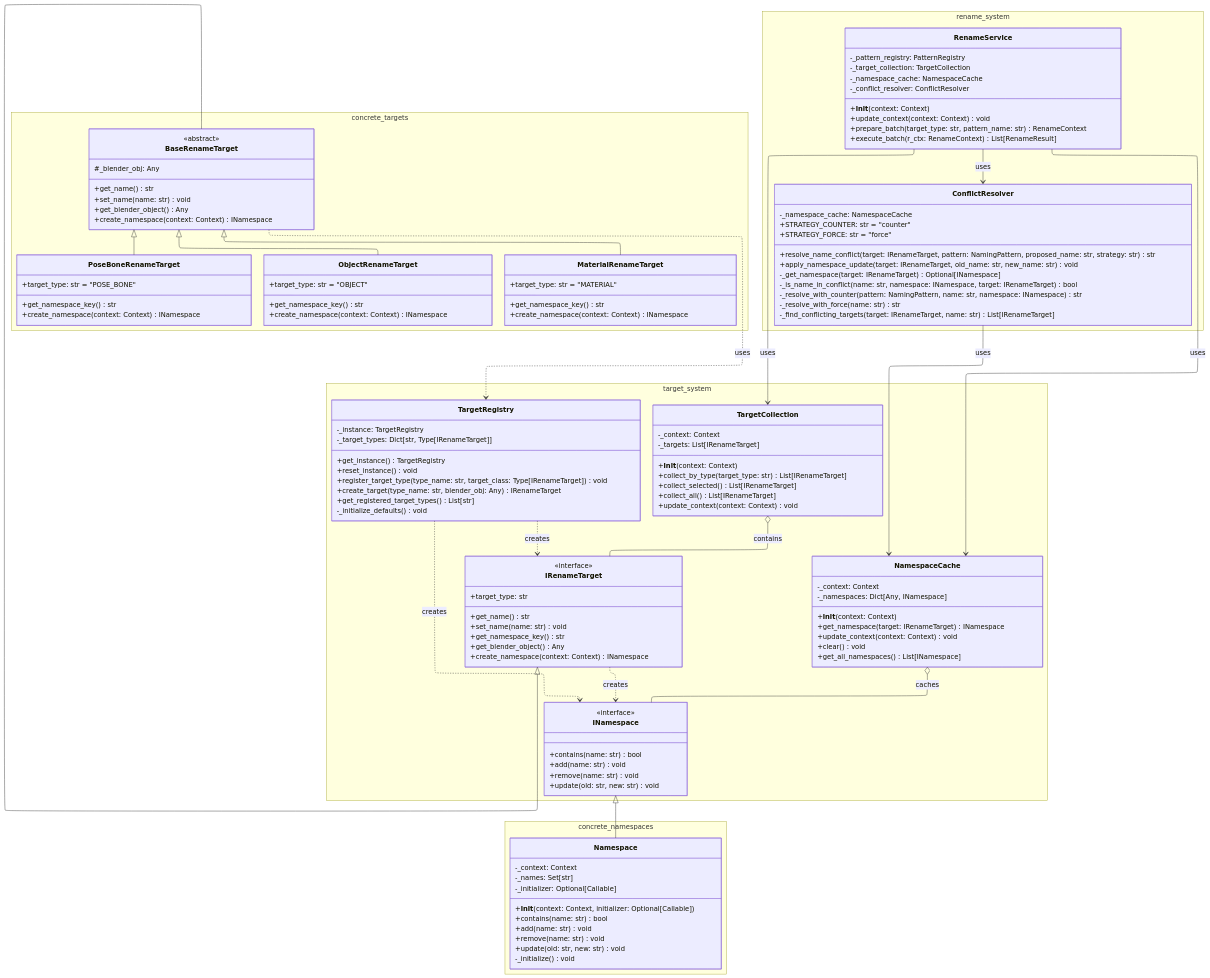
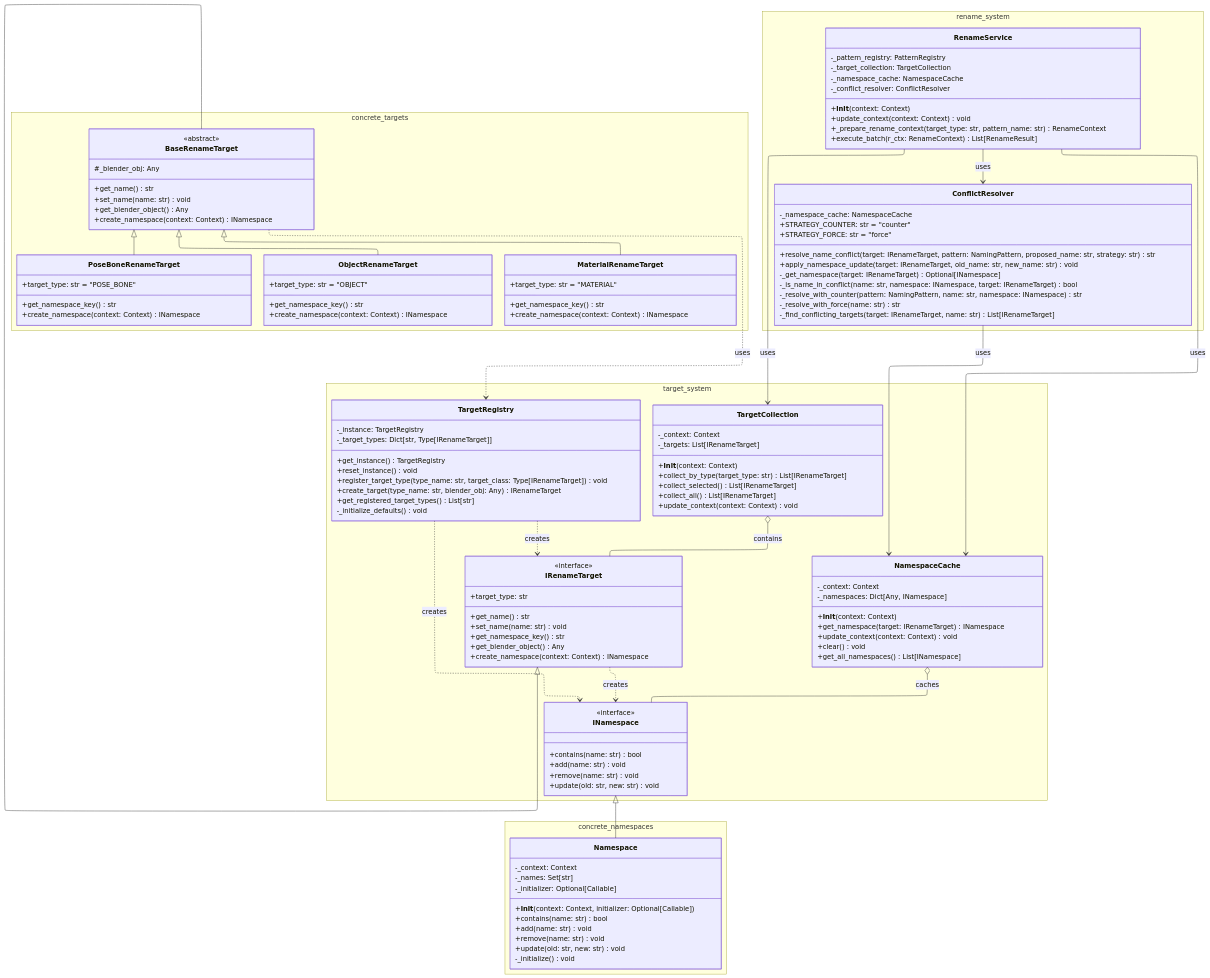
The diagram in design_notes/new_target_system.mmd (Pluglug/modular-renamer), drawn with Mermaid before and after one commit. The commit also changed 16 other files, not shown here.

```diff
--- a/design_notes/new_target_system.mmd
+++ b/design_notes/new_target_system.mmd
@@ -1,150 +1,150 @@
 ---
 config:
   layout: elk
   theme: default
   dagre:
     ranksep: 100
     nodesep: 100
     edgesep: 10
   direction: TD
 ---
 
 classDiagram
     namespace target_system {
         class TargetRegistry {
             -_instance: TargetRegistry
             -_target_types: Dict[str, Type[IRenameTarget]]
             +get_instance() TargetRegistry
             +reset_instance() void
             +register_target_type(type_name: str, target_class: Type[IRenameTarget]) void
             +create_target(type_name: str, blender_obj: Any) IRenameTarget
             +get_registered_target_types() List[str]
             -_initialize_defaults() void
         }
 
         class IRenameTarget {
             <<interface>>
             +get_name() str
             +set_name(name: str) void
             +get_namespace_key() str
             +target_type: str
             +get_blender_object() Any
             +create_namespace(context: Context) INamespace
         }
 
         class INamespace {
             <<interface>>
             +contains(name: str) bool
             +add(name: str) void
             +remove(name: str) void
             +update(old: str, new: str) void
         }
 
         class TargetCollection {
             -_context: Context
             -_targets: List[IRenameTarget]
             +__init__(context: Context)
             +collect_by_type(target_type: str) List[IRenameTarget]
             +collect_selected() List[IRenameTarget]
             +collect_all() List[IRenameTarget]
             +update_context(context: Context) void
         }
 
         class NamespaceCache {
             -_context: Context
             -_namespaces: Dict[Any, INamespace]
             +__init__(context: Context)
             +get_namespace(target: IRenameTarget) INamespace
             +update_context(context: Context) void
             +clear() void
             +get_all_namespaces() List[INamespace]
         }
     }
 
     namespace concrete_targets {
         class BaseRenameTarget {
             <<abstract>>
             #_blender_obj: Any
             +get_name() str
             +set_name(name: str) void
             +get_blender_object() Any
             +create_namespace(context: Context) INamespace
         }
 
         class ObjectRenameTarget {
             +target_type: str = "OBJECT"
             +get_namespace_key() str
             +create_namespace(context: Context) INamespace
         }
 
         class PoseBoneRenameTarget {
             +target_type: str = "POSE_BONE" 
             +get_namespace_key() str
             +create_namespace(context: Context) INamespace
         }
 
         class MaterialRenameTarget {
             +target_type: str = "MATERIAL"
             +get_namespace_key() str
             +create_namespace(context: Context) INamespace
         }
     }
 
     namespace concrete_namespaces {
         class Namespace {
             -_context: Context
             -_names: Set[str]
             -_initializer: Optional[Callable]
             +__init__(context: Context, initializer: Optional[Callable])
             +contains(name: str) bool
             +add(name: str) void
             +remove(name: str) void
             +update(old: str, new: str) void
             -_initialize() void
         }
     }
 
     namespace rename_system {
         class RenameService {
             -_pattern_registry: PatternRegistry
             -_target_collection: TargetCollection
             -_namespace_cache: NamespaceCache
             -_conflict_resolver: ConflictResolver
             +__init__(context: Context)
             +update_context(context: Context) void
-            +prepare_batch(target_type: str, pattern_name: str) RenameContext
+            +_prepare_rename_context(target_type: str, pattern_name: str) RenameContext
             +execute_batch(r_ctx: RenameContext) List[RenameResult]
         }
 
         class ConflictResolver {
             -_namespace_cache: NamespaceCache
             +STRATEGY_COUNTER: str = "counter"
             +STRATEGY_FORCE: str = "force"
             +resolve_name_conflict(target: IRenameTarget, pattern: NamingPattern, proposed_name: str, strategy: str) str
             +apply_namespace_update(target: IRenameTarget, old_name: str, new_name: str) void
             -_get_namespace(target: IRenameTarget) Optional[INamespace]
             -_is_name_in_conflict(name: str, namespace: INamespace, target: IRenameTarget) bool
             -_resolve_with_counter(pattern: NamingPattern, name: str, namespace: INamespace) str
             -_resolve_with_force(name: str) str
             -_find_conflicting_targets(target: IRenameTarget, name: str) List[IRenameTarget]
         }
     }
 
     IRenameTarget <|-- BaseRenameTarget
     BaseRenameTarget <|-- ObjectRenameTarget
     BaseRenameTarget <|-- PoseBoneRenameTarget
     BaseRenameTarget <|-- MaterialRenameTarget
 
     INamespace <|-- Namespace
 
     TargetRegistry ..> IRenameTarget : creates
     TargetRegistry ..> INamespace : creates
     IRenameTarget ..> INamespace : creates
     BaseRenameTarget ..> TargetRegistry : uses
     TargetCollection o-- IRenameTarget : contains
     NamespaceCache o-- INamespace : caches
     
     RenameService --> TargetCollection : uses
     RenameService --> NamespaceCache : uses
     RenameService --> ConflictResolver : uses
     ConflictResolver --> NamespaceCache : uses
```
